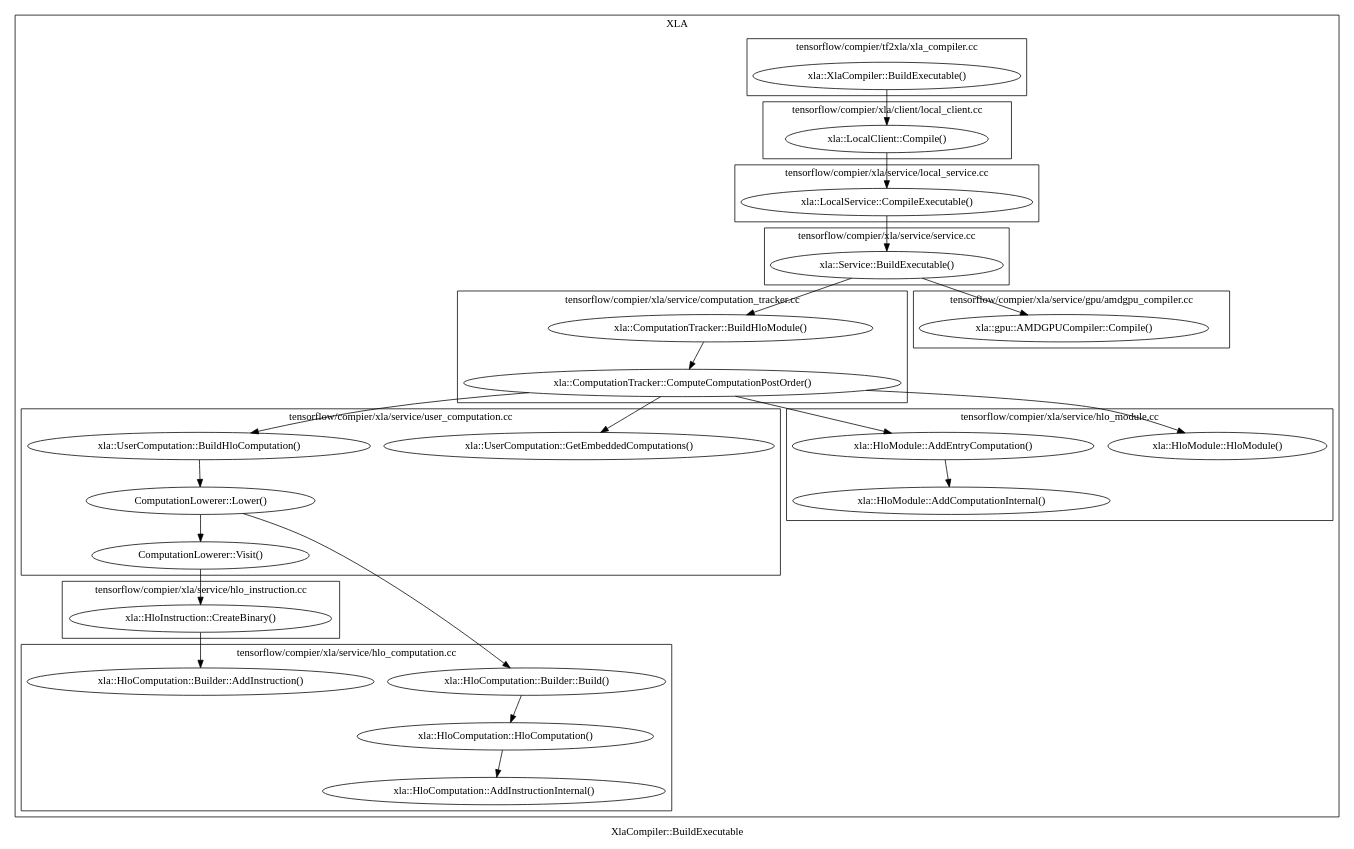
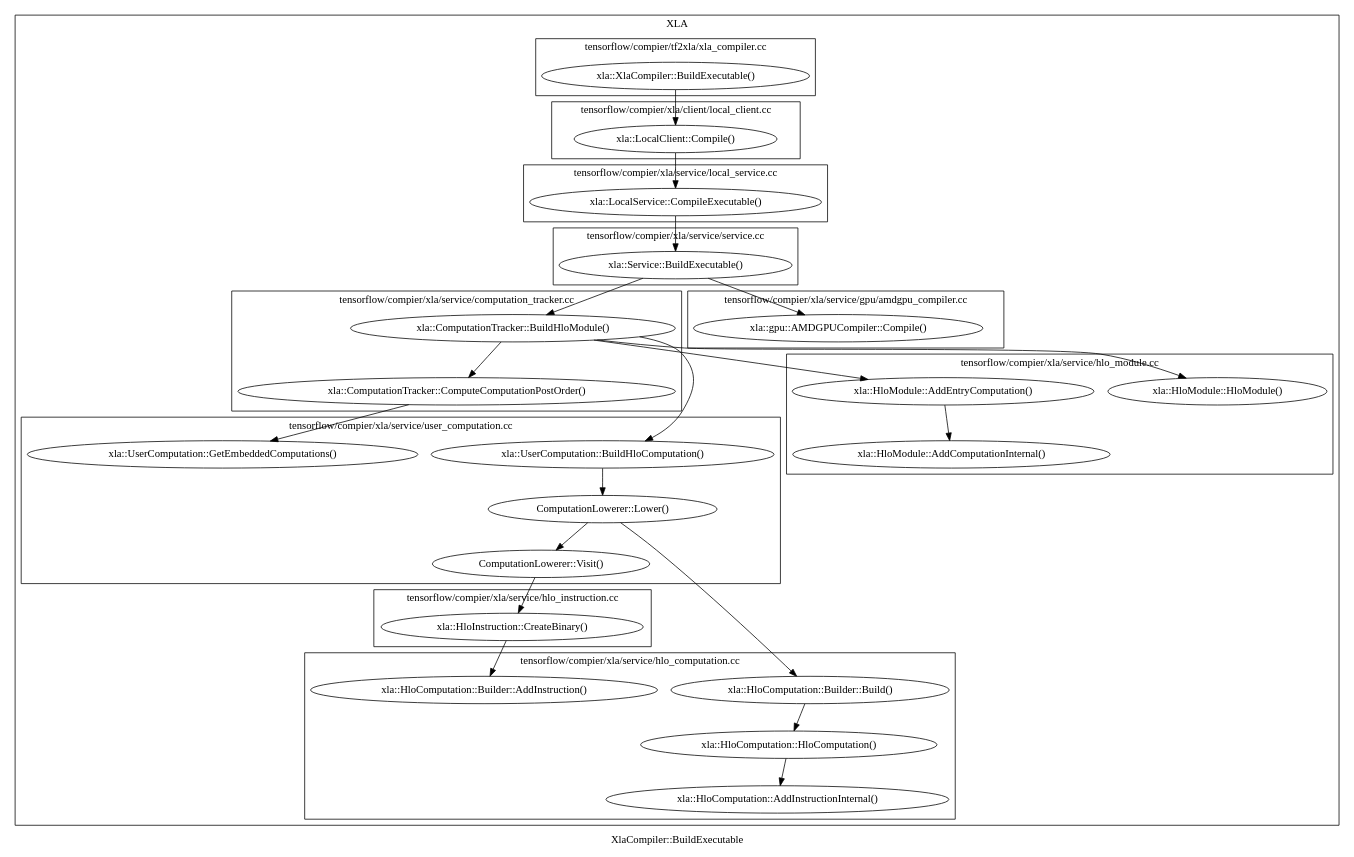
One commit to whchung/tf_trace changed the diagram in 05.dot. Above: the diagram before and after it, drawn with Graphviz.

Commit message:
Improve 05.dot

```diff
--- a/05.dot
+++ b/05.dot
@@ -1,113 +1,113 @@
 digraph 05 {
   label = "XlaCompiler::BuildExecutable";
 
   subgraph cluster_xla {
     label = "XLA";
 
     subgraph cluster_xla_compiler_cc {
       label = "tensorflow/compier/tf2xla/xla_compiler.cc";
       URL="https://github.com/ROCmSoftwarePlatform/tensorflow/blob/rocm-v1/tensorflow/compiler/tf2xla/xla_compiler.cc";
 
       00 [label="xla::XlaCompiler::BuildExecutable()" URL="https://github.com/ROCmSoftwarePlatform/tensorflow/blob/rocm-v1/tensorflow/compiler/tf2xla/xla_compiler.cc#L161"];
     }
 
     subgraph cluster_local_client_cc {
       label = "tensorflow/compier/xla/client/local_client.cc";
       URL="https://github.com/ROCmSoftwarePlatform/tensorflow/blob/rocm-v1/tensorflow/compiler/xla/client/local_client.cc";
 
       01 [label="xla::LocalClient::Compile()" URL="https://github.com/ROCmSoftwarePlatform/tensorflow/blob/rocm-v1/tensorflow/compiler/xla/client/local_client.cc#L284"];
 
       00 -> 01;
     }
 
     subgraph cluster_local_service_cc {
       label = "tensorflow/compier/xla/service/local_service.cc";
       URL="https://github.com/ROCmSoftwarePlatform/tensorflow/blob/rocm-v1/tensorflow/compiler/xla/service/local_service.cc";
 
       02 [label="xla::LocalService::CompileExecutable()" URL="https://github.com/ROCmSoftwarePlatform/tensorflow/blob/rocm-v1/tensorflow/compiler/xla/service/local_service.cc#L111"];
 
       01 -> 02;
     }
 
     subgraph cluster_service_cc {
       label = "tensorflow/compier/xla/service/service.cc";
       URL="https://github.com/ROCmSoftwarePlatform/tensorflow/blob/rocm-v1/tensorflow/compiler/xla/service/service.cc";
 
       03 [label="xla::Service::BuildExecutable()" URL="https://github.com/ROCmSoftwarePlatform/tensorflow/blob/rocm-v1/tensorflow/compiler/xla/service/service.cc#L402"];
 
       02 -> 03;
     }
 
     subgraph cluster_computation_tracker_cc {
       label = "tensorflow/compier/xla/service/computation_tracker.cc";
       URL="https://github.com/ROCmSoftwarePlatform/tensorflow/blob/rocm-v1/tensorflow/compiler/xla/service/computation_tracker.cc";
 
       04 [label="xla::ComputationTracker::BuildHloModule()" URL="https://github.com/ROCmSoftwarePlatform/tensorflow/blob/rocm-v1/tensorflow/compiler/xla/service/computation_tracker.cc#L169"];
       05 [label="xla::ComputationTracker::ComputeComputationPostOrder()" URL="https://github.com/ROCmSoftwarePlatform/tensorflow/blob/rocm-v1/tensorflow/compiler/xla/service/computation_tracker.cc#L147"];
 
       03 -> 04;
       04 -> 05;
     }
 
     subgraph cluster_user_computation_cc {
       label = "tensorflow/compier/xla/service/user_computation.cc";
       URL="https://github.com/ROCmSoftwarePlatform/tensorflow/blob/rocm-v1/tensorflow/compiler/xla/service/user_computation.cc";
 
       06 [label="xla::UserComputation::GetEmbeddedComputations()" URL="https://github.com/ROCmSoftwarePlatform/tensorflow/blob/rocm-v1/tensorflow/compiler/xla/service/user_computation.cc#L1741"];
       08 [label="xla::UserComputation::BuildHloComputation()" URL="https://github.com/ROCmSoftwarePlatform/tensorflow/blob/rocm-v1/tensorflow/compiler/xla/service/user_computation.cc#L2945"];
       09 [label="ComputationLowerer::Lower()" URL="https://github.com/ROCmSoftwarePlatform/tensorflow/blob/rocm-v1/tensorflow/compiler/xla/service/user_computation.cc#L2356"];
       10 [label="ComputationLowerer::Visit()" URL="https://github.com/ROCmSoftwarePlatform/tensorflow/blob/rocm-v1/tensorflow/compiler/xla/service/user_computation.cc#L2423"];
 
       05 -> 06;
-      05 -> 08;
+      04 -> 08;
       08 -> 09;
       09 -> 10;
     }
 
     subgraph cluster_hlo_module_cc {
       label = "tensorflow/compier/xla/service/hlo_module.cc";
       URL="https://github.com/ROCmSoftwarePlatform/tensorflow/blob/rocm-v1/tensorflow/compiler/xla/service/hlo_module.cc";
 
       07 [label="xla::HloModule::HloModule()" URL="https://github.com/ROCmSoftwarePlatform/tensorflow/blob/rocm-v1/tensorflow/compiler/xla/service/hlo_module.cc#L35"];
       16 [label="xla::HloModule::AddEntryComputation()" URL="https://github.com/ROCmSoftwarePlatform/tensorflow/blob/rocm-v1/tensorflow/compiler/xla/service/hlo_module.cc#L56"];
       17 [label="xla::HloModule::AddComputationInternal()" URL="https://github.com/ROCmSoftwarePlatform/tensorflow/blob/rocm-v1/tensorflow/compiler/xla/service/hlo_module.cc#L45"];
 
-      05 -> 07;
-      05 -> 16;
+      04 -> 07;
+      04 -> 16;
       16 -> 17;
     }
 
     subgraph cluster_hlo_instruction_cc {
       label = "tensorflow/compier/xla/service/hlo_instruction.cc";
       URL="https://github.com/ROCmSoftwarePlatform/tensorflow/blob/rocm-v1/tensorflow/compiler/xla/service/hlo_instruction.cc";
 
       11 [label="xla::HloInstruction::CreateBinary()" URL="https://github.com/ROCmSoftwarePlatform/tensorflow/blob/rocm-v1/tensorflow/compiler/xla/service/hlo_instruction.cc#L143"];
 
       10 -> 11;
     }
 
     subgraph cluster_hlo_computation_cc {
       label = "tensorflow/compier/xla/service/hlo_computation.cc";
       URL="https://github.com/ROCmSoftwarePlatform/tensorflow/blob/rocm-v1/tensorflow/compiler/xla/service/hlo_computation.cc";
 
       12 [label="xla::HloComputation::Builder::AddInstruction()" URL="https://github.com/ROCmSoftwarePlatform/tensorflow/blob/rocm-v1/tensorflow/compiler/xla/service/hlo_instruction.h#L70"];
       13 [label="xla::HloComputation::Builder::Build()" URL="https://github.com/ROCmSoftwarePlatform/tensorflow/blob/rocm-v1/tensorflow/compiler/xla/service/hlo_instruction.cc#L47"];
       14 [label="xla::HloComputation::HloComputation()" URL="https://github.com/ROCmSoftwarePlatform/tensorflow/blob/rocm-v1/tensorflow/compiler/xla/service/hlo_instruction.cc#L64"];
       15 [label="xla::HloComputation::AddInstructionInternal()" URL="https://github.com/ROCmSoftwarePlatform/tensorflow/blob/rocm-v1/tensorflow/compiler/xla/service/hlo_instruction.cc#L99"];
 
       11 -> 12;
       09 -> 13;
       13 -> 14;
       14 -> 15;
     }
 
     subgraph cluster_amdgpu_compuiler_cc {
       label = "tensorflow/compier/xla/service/gpu/amdgpu_compiler.cc";
       URL="https://github.com/ROCmSoftwarePlatform/tensorflow/blob/rocm-v1/tensorflow/compiler/xla/service/gpu/amdgpu_compiler.cc";
 
       18 [label="xla::gpu::AMDGPUCompiler::Compile()" URL="https://github.com/ROCmSoftwarePlatform/tensorflow/blob/rocm-v1/tensorflow/compiler/xla/service/gpu/amdgpu_compiler.cc#L194"];
 
       03 -> 18;     
     }
   }
 }
```
